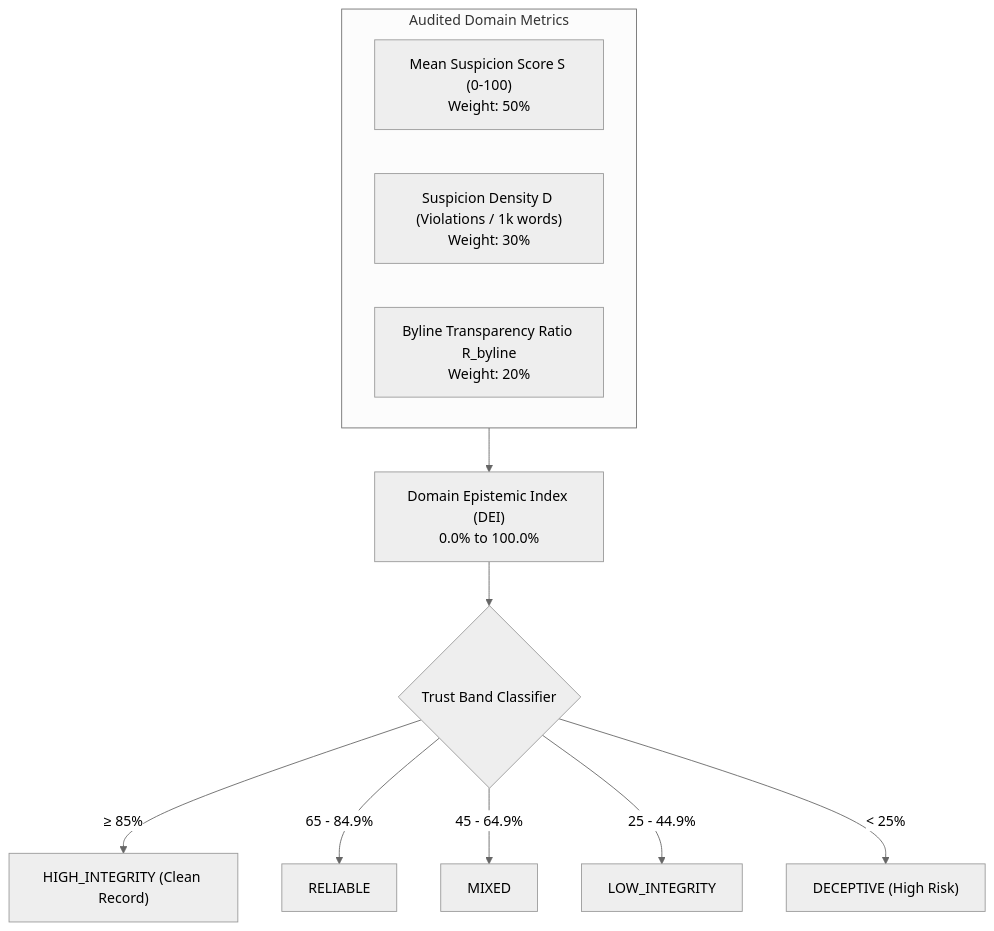
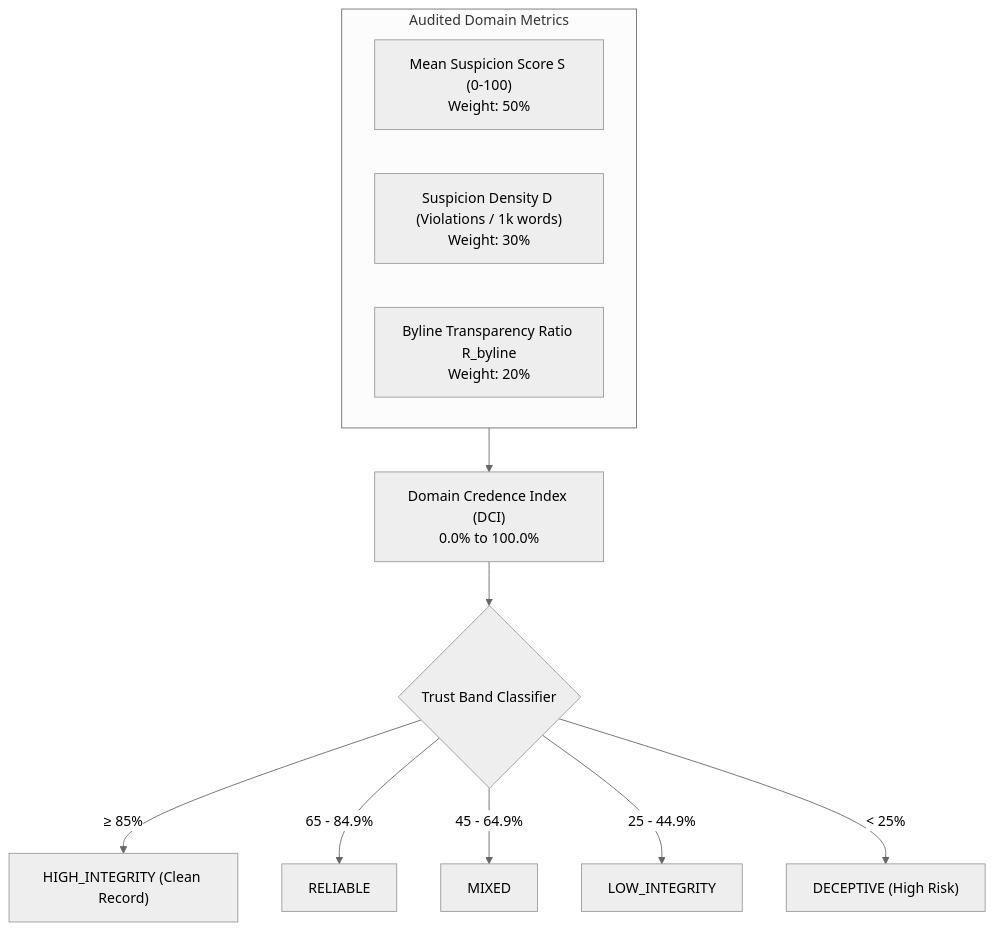
One commit to artibyrd/credence-docs changed the first of 2 diagrams in docs/protocols/web-epistemic-intelligence.md. Above: the diagram before and after it, drawn with Mermaid (neutral theme). The commit also changed other lines of this file and 16 other files, not shown here.

Commit message:
docs: release v2.0.0 with modular architecture blueprints, DCI lexicon, and migration guide

````diff
--- a/docs/protocols/web-epistemic-intelligence.md
+++ b/docs/protocols/web-epistemic-intelligence.md
@@ -24,17 +24,17 @@
 ```mermaid
 flowchart TD
     subgraph Inputs["Audited Domain Metrics"]
         S["Mean Suspicion Score S (0-100)<br/>Weight: 50%"]
         D["Suspicion Density D (Violations / 1k words)<br/>Weight: 30%"]
         B["Byline Transparency Ratio R_byline<br/>Weight: 20%"]
     end
 
-    Inputs --> DEI["Domain Epistemic Index (DEI)<br/>0.0% to 100.0%"]
+    Inputs --> DCI["Domain Credence Index (DCI)<br/>0.0% to 100.0%"]
 
-    DEI --> Bands{"Trust Band Classifier"}
+    DCI --> Bands{"Trust Band Classifier"}
     Bands -->|&ge; 85%| TB1["HIGH_INTEGRITY (Clean Record)"]
     Bands -->|65 - 84.9%| TB2["RELIABLE"]
     Bands -->|45 - 64.9%| TB3["MIXED"]
     Bands -->|25 - 44.9%| TB4["LOW_INTEGRITY"]
     Bands -->|&lt; 25%| TB5["DECEPTIVE (High Risk)"]
 ```
````
